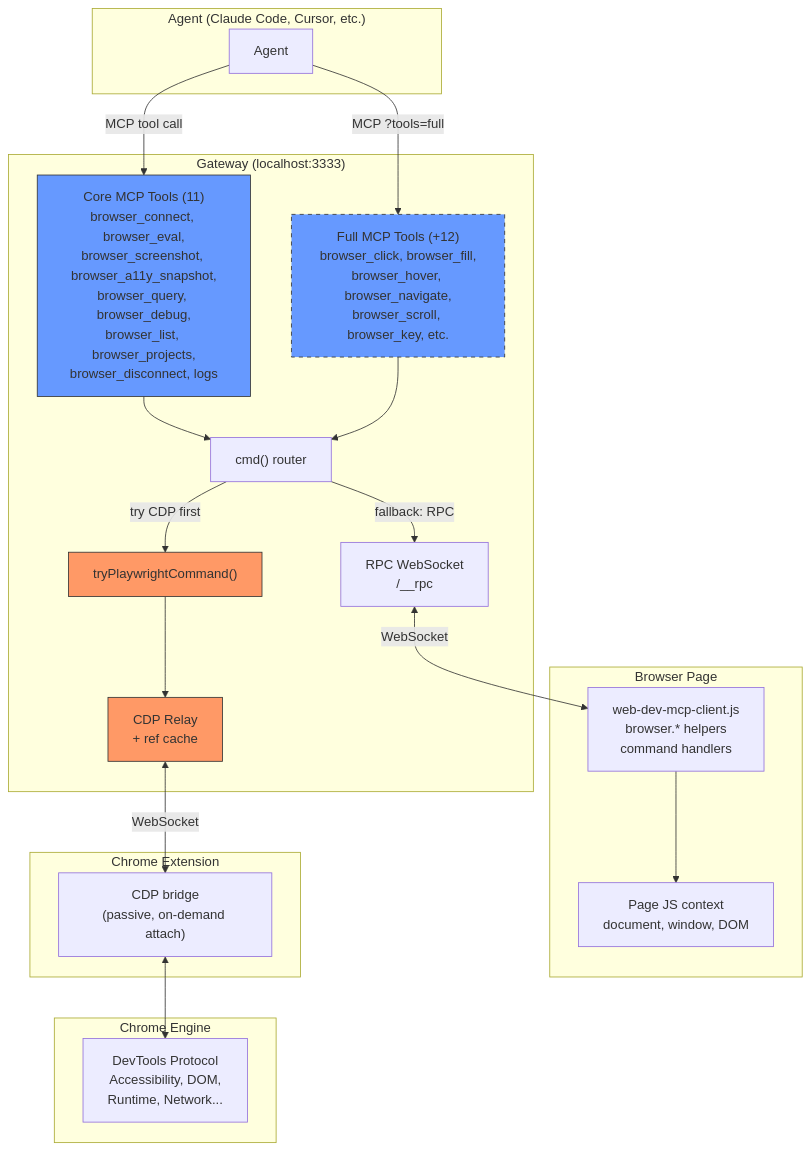
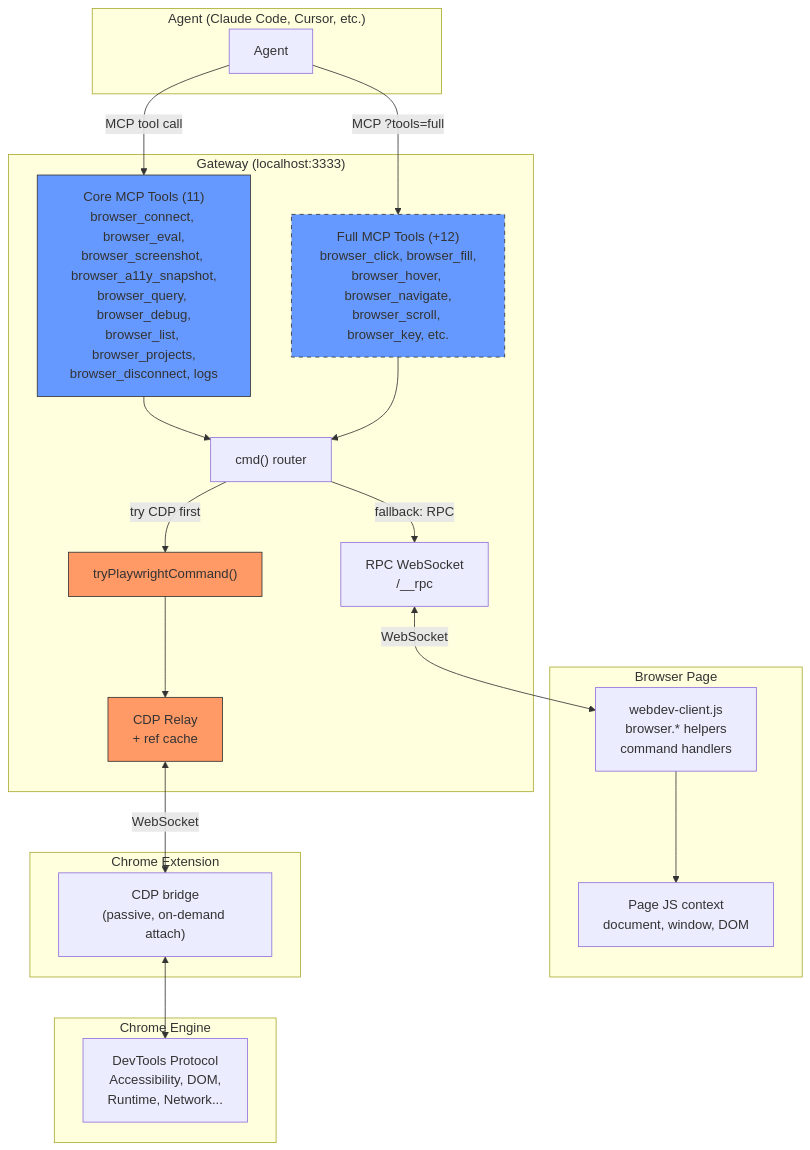
The first of 5 diagrams in docs/architecture-communication-paths.md (WinstonFassett/webdev-ai), drawn with Mermaid before and after one commit. The commit also changed other lines of this file and 12 other files, not shown here.

````diff
--- a/docs/architecture-communication-paths.md
+++ b/docs/architecture-communication-paths.md
@@ -5,45 +5,45 @@
 ```mermaid
 graph TB
     subgraph "Agent (Claude Code, Cursor, etc.)"
         A[Agent]
     end
 
     subgraph "Gateway (localhost:3333)"
         CORE["Core MCP Tools (11)<br/>browser_connect, browser_eval,<br/>browser_screenshot, browser_a11y_snapshot,<br/>browser_query, browser_debug,<br/>browser_list, browser_projects,<br/>browser_disconnect, logs"]
         FULL["Full MCP Tools (+12)<br/>browser_click, browser_fill,<br/>browser_hover, browser_navigate,<br/>browser_scroll, browser_key, etc."]
         CMD["cmd() router"]
         PW["tryPlaywrightCommand()"]
         RPC["RPC WebSocket<br/>/__rpc"]
         CDP_RELAY["CDP Relay<br/>+ ref cache"]
     end
 
     subgraph "Browser Page"
-        CLIENT["web-dev-mcp-client.js<br/>browser.* helpers<br/>command handlers"]
+        CLIENT["webdev-client.js<br/>browser.* helpers<br/>command handlers"]
         PAGE["Page JS context<br/>document, window, DOM"]
     end
 
     subgraph "Chrome Extension"
         EXT["CDP bridge<br/>(passive, on-demand attach)"]
     end
 
     subgraph "Chrome Engine"
         DEVTOOLS["DevTools Protocol<br/>Accessibility, DOM,<br/>Runtime, Network..."]
     end
 
     A -->|"MCP tool call"| CORE
     A -->|"MCP ?tools=full"| FULL
     CORE --> CMD
     FULL --> CMD
     CMD -->|"try CDP first"| PW
     CMD -->|"fallback: RPC"| RPC
     PW --> CDP_RELAY
     RPC <-->|"WebSocket"| CLIENT
     CLIENT --> PAGE
     CDP_RELAY <-->|"WebSocket"| EXT
     EXT <--> DEVTOOLS
 
     style PW fill:#f96,stroke:#333
     style CDP_RELAY fill:#f96,stroke:#333
     style CORE fill:#69f,stroke:#333
     style FULL fill:#69f,stroke:#333,stroke-dasharray: 5 5
 ```
````
